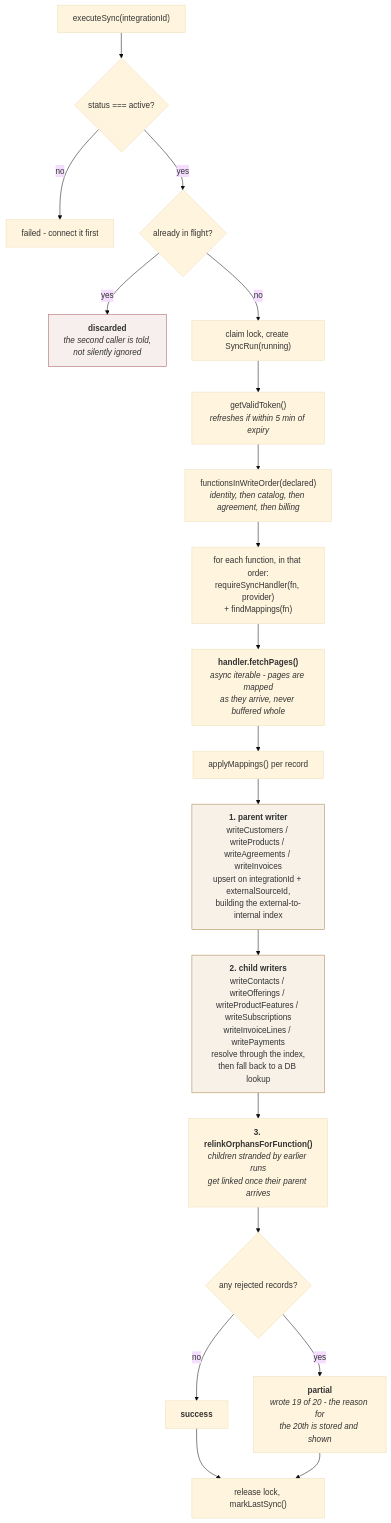
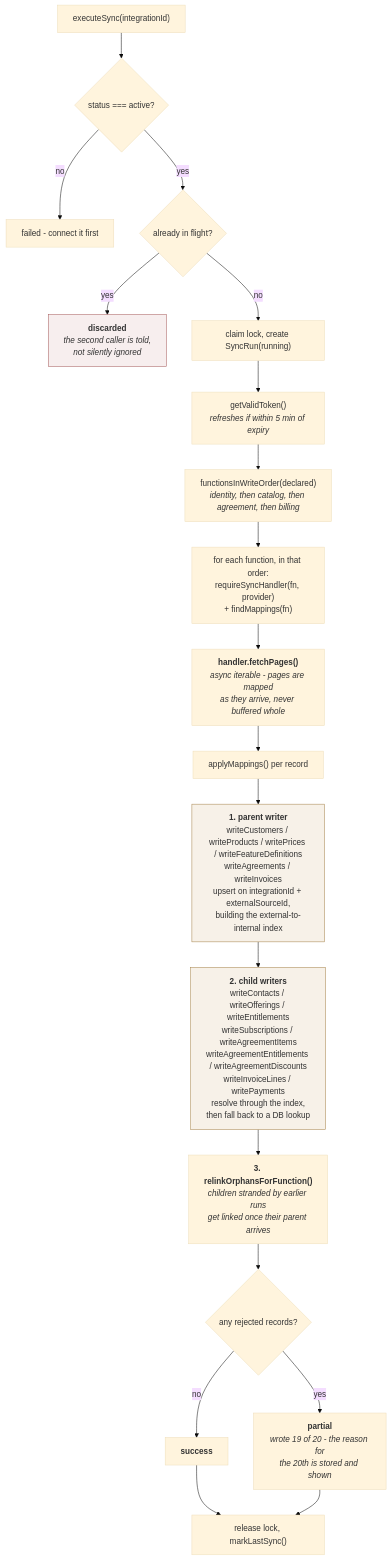
Before and after one commit to ajibade-ibrahim/Integration-Demo: the fifth of 9 diagrams in docs/architecture.md, drawn with Mermaid (base theme). The commit also changed other lines of this file and 4 other files, not shown here.

````diff
--- a/docs/architecture.md
+++ b/docs/architecture.md
@@ -281,30 +283,30 @@
 ```mermaid
 flowchart TB
     START["executeSync(integrationId)"] --> G1{"status === active?"}
     G1 -->|no| FAIL1["failed - connect it first"]
     G1 -->|yes| G2{"already in flight?"}
     G2 -->|yes| DISC["<b>discarded</b><br/><i>the second caller is told,<br/>not silently ignored</i>"]
     G2 -->|no| LOCK["claim lock, create SyncRun(running)"]
 
     LOCK --> TOK["getValidToken()<br/><i>refreshes if within 5 min of expiry</i>"]
     TOK --> ORDER["functionsInWriteOrder(declared)<br/><i>identity, then catalog, then agreement, then billing</i>"]
     ORDER --> LOOP["for each function, in that order:<br/>requireSyncHandler(fn, provider)<br/>+ findMappings(fn)"]
 
     LOOP --> FETCH["<b>handler.fetchPages()</b><br/><i>async iterable - pages are mapped<br/>as they arrive, never buffered whole</i>"]
     FETCH --> MAP["applyMappings() per record"]
 
-    MAP --> WC["<b>1. parent writer</b><br/>writeCustomers / writeProducts / writeAgreements / writeInvoices<br/>upsert on integrationId + externalSourceId,<br/>building the external-to-internal index"]
-    WC --> WK["<b>2. child writers</b><br/>writeContacts / writeOfferings / writeProductFeatures / writeSubscriptions<br/>writeInvoiceLines / writePayments<br/>resolve through the index,<br/>then fall back to a DB lookup"]
+    MAP --> WC["<b>1. parent writer</b><br/>writeCustomers / writeProducts / writePrices / writeFeatureDefinitions<br/>writeAgreements / writeInvoices<br/>upsert on integrationId + externalSourceId,<br/>building the external-to-internal index"]
+    WC --> WK["<b>2. child writers</b><br/>writeContacts / writeOfferings / writeEntitlements<br/>writeSubscriptions / writeAgreementItems<br/>writeAgreementEntitlements / writeAgreementDiscounts<br/>writeInvoiceLines / writePayments<br/>resolve through the index,<br/>then fall back to a DB lookup"]
     WK --> RELINK["<b>3. relinkOrphansForFunction()</b><br/><i>children stranded by earlier runs<br/>get linked once their parent arrives</i>"]
 
     RELINK --> STATUS{"any rejected records?"}
     STATUS -->|no| OK["<b>success</b>"]
     STATUS -->|yes| PART["<b>partial</b><br/><i>wrote 19 of 20 - the reason for<br/>the 20th is stored and shown</i>"]
 
     OK --> REL["release lock, markLastSync()"]
     PART --> REL
 
     style WC fill:#f7f1e8,stroke:#a5824a
     style WK fill:#f7f1e8,stroke:#a5824a
     style DISC fill:#f7eeee,stroke:#a55a5a
 ```
````
